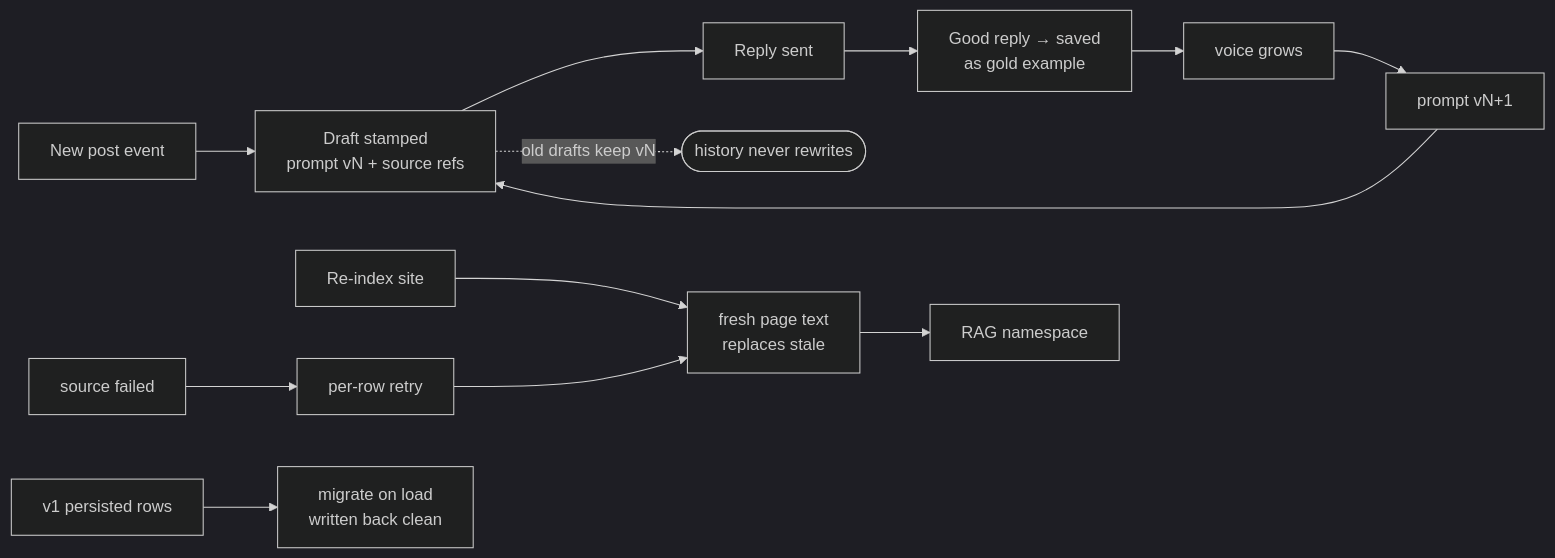
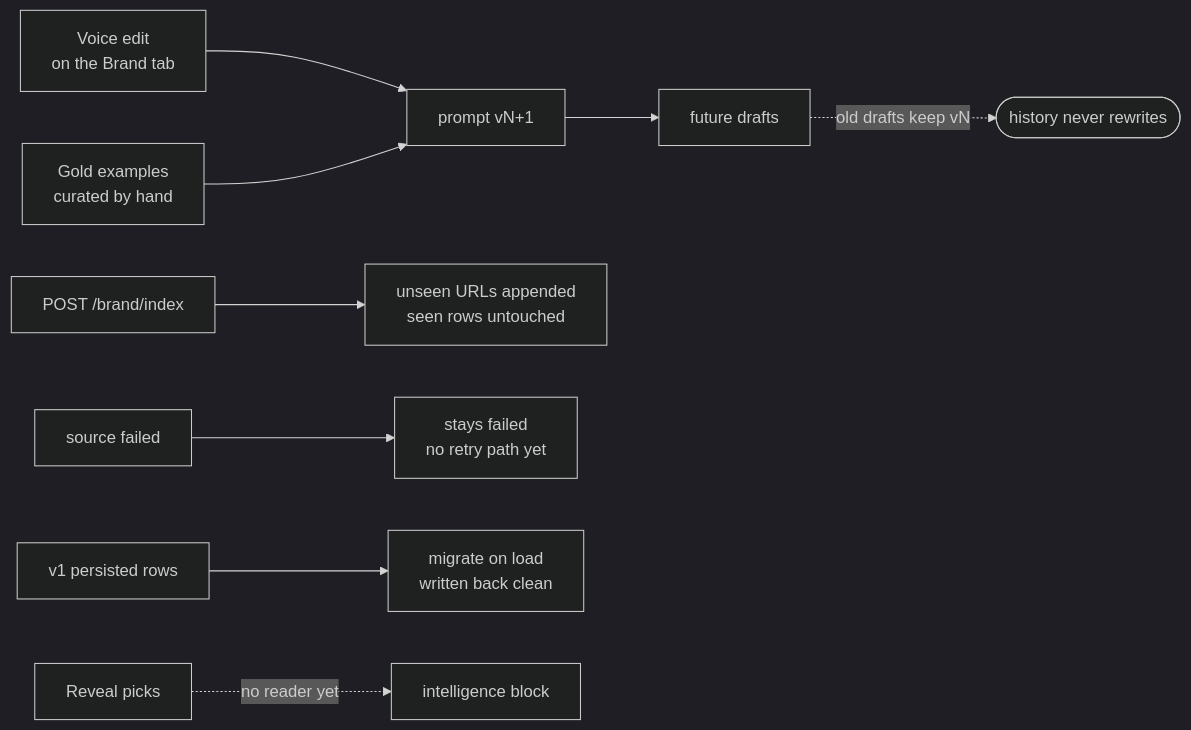
One commit to matthewdonsemail-lab/log changed the eighth of 8 diagrams in README.md. Above: the diagram before and after it, drawn with Mermaid (dark theme). The commit also changed other lines of this file and 1 other file, not shown here.

Commit message:
docs: audit README against source, correct brand overstatements

````diff
--- a/README.md
+++ b/README.md
@@ -377,16 +377,12 @@
 ```mermaid
 flowchart LR
-  EVENT[New post event] --> DRAFT2[Draft stamped<br/>prompt vN + source refs]
-  DRAFT2 --> SEND2[Reply sent]
-  SEND2 --> GOLD[Good reply → saved<br/>as gold example]
-  GOLD --> VOICE2[voice grows]
-  VOICE2 --> COMPILER2[prompt vN+1]
-  COMPILER2 --> DRAFT2
+  EDIT[Voice edit<br/>on the Brand tab] --> COMPILER2[prompt vN+1]
+  COMPILER2 --> DRAFT2[future drafts]
   DRAFT2 -.->|old drafts keep vN| HIST([history never rewrites])
 
-  REINDEX[Re-index site] --> FRESH[fresh page text<br/>replaces stale]
-  FRESH --> RAG2[RAG namespace]
-  FAIL[source failed] --> RETRY[per-row retry]
-  RETRY --> FRESH
+  REINDEX[POST /brand/index] --> MERGE[unseen URLs appended<br/>seen rows untouched]
+  FAIL[source failed] --> STAY[stays failed<br/>no retry path yet]
   V1[v1 persisted rows] --> MIGRATE[migrate on load<br/>written back clean]
+  HAND[Gold examples<br/>curated by hand] --> COMPILER2
+  REVEAL2[Reveal picks] -.->|no reader yet| INTEL2[intelligence block]
 ```
````
